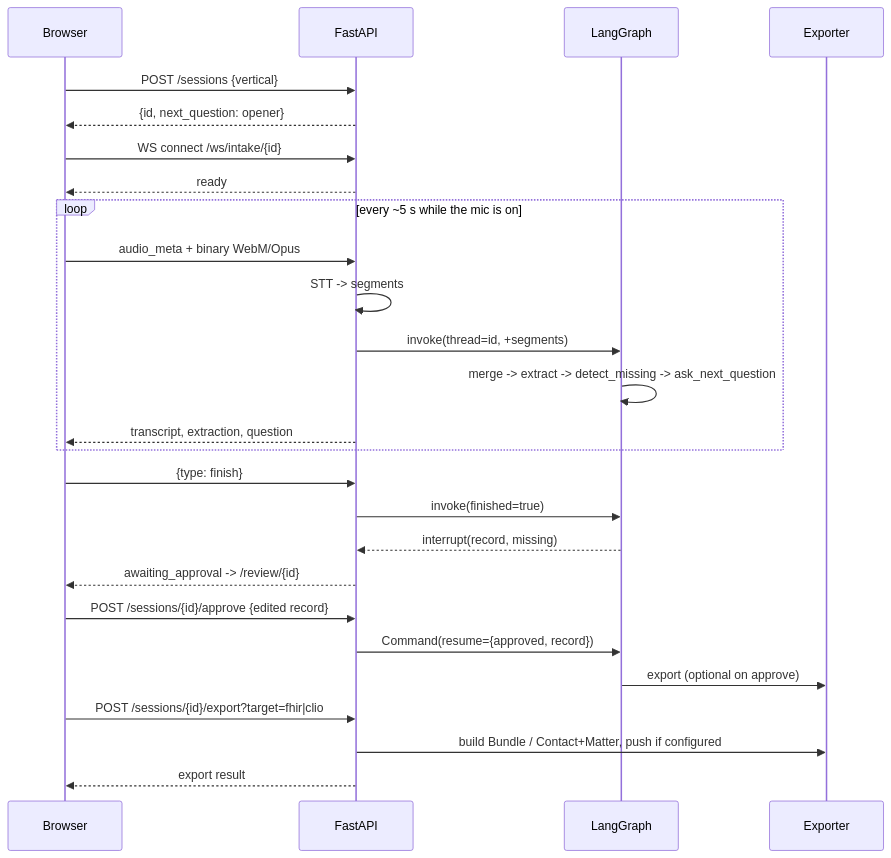
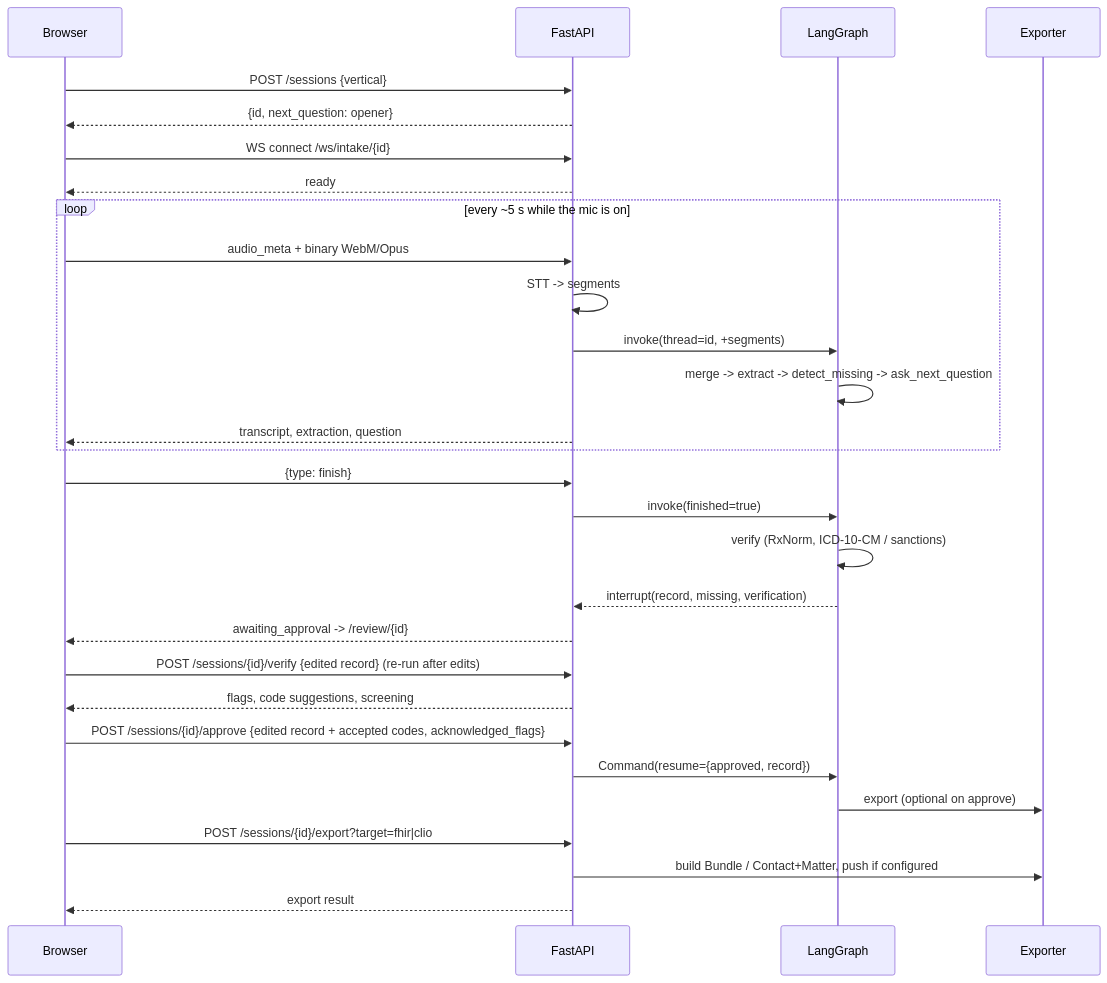
Before and after one commit to Hassan-Memon/intakeagent: the second of 2 diagrams in README.md, drawn with Mermaid. The commit also changed other lines of this file and 13 other files, not shown here.

````diff
--- a/README.md
+++ b/README.md
@@ -61,28 +73,31 @@
 ```mermaid
 sequenceDiagram
   participant B as Browser
   participant A as FastAPI
   participant G as LangGraph
   participant X as Exporter
   B->>A: POST /sessions {vertical}
   A-->>B: {id, next_question: opener}
   B->>A: WS connect /ws/intake/{id}
   A-->>B: ready
   loop every ~5 s while the mic is on
     B->>A: audio_meta + binary WebM/Opus
     A->>A: STT -> segments
     A->>G: invoke(thread=id, +segments)
     G->>G: merge -> extract -> detect_missing -> ask_next_question
     A-->>B: transcript, extraction, question
   end
   B->>A: {type: finish}
   A->>G: invoke(finished=true)
-  G-->>A: interrupt(record, missing)
+  G->>G: verify (RxNorm, ICD-10-CM / sanctions)
+  G-->>A: interrupt(record, missing, verification)
   A-->>B: awaiting_approval -> /review/{id}
-  B->>A: POST /sessions/{id}/approve {edited record}
+  B->>A: POST /sessions/{id}/verify {edited record} (re-run after edits)
+  A-->>B: flags, code suggestions, screening
+  B->>A: POST /sessions/{id}/approve {edited record + accepted codes, acknowledged_flags}
   A->>G: Command(resume={approved, record})
   G->>X: export (optional on approve)
   B->>A: POST /sessions/{id}/export?target=fhir|clio
   A->>X: build Bundle / Contact+Matter, push if configured
   A-->>B: export result
 ```
````
